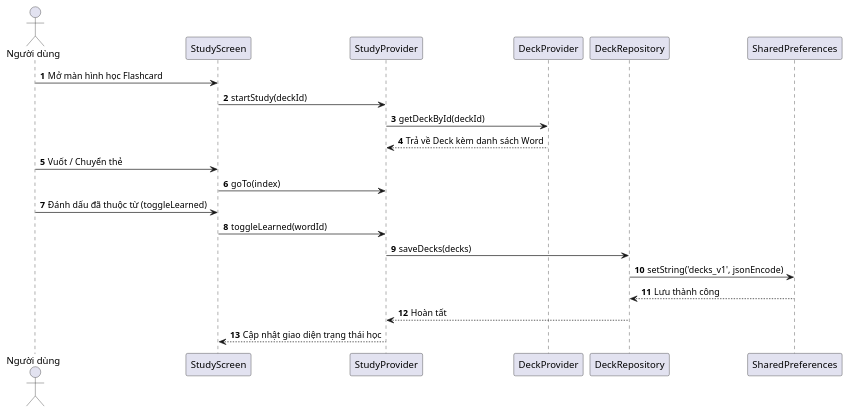
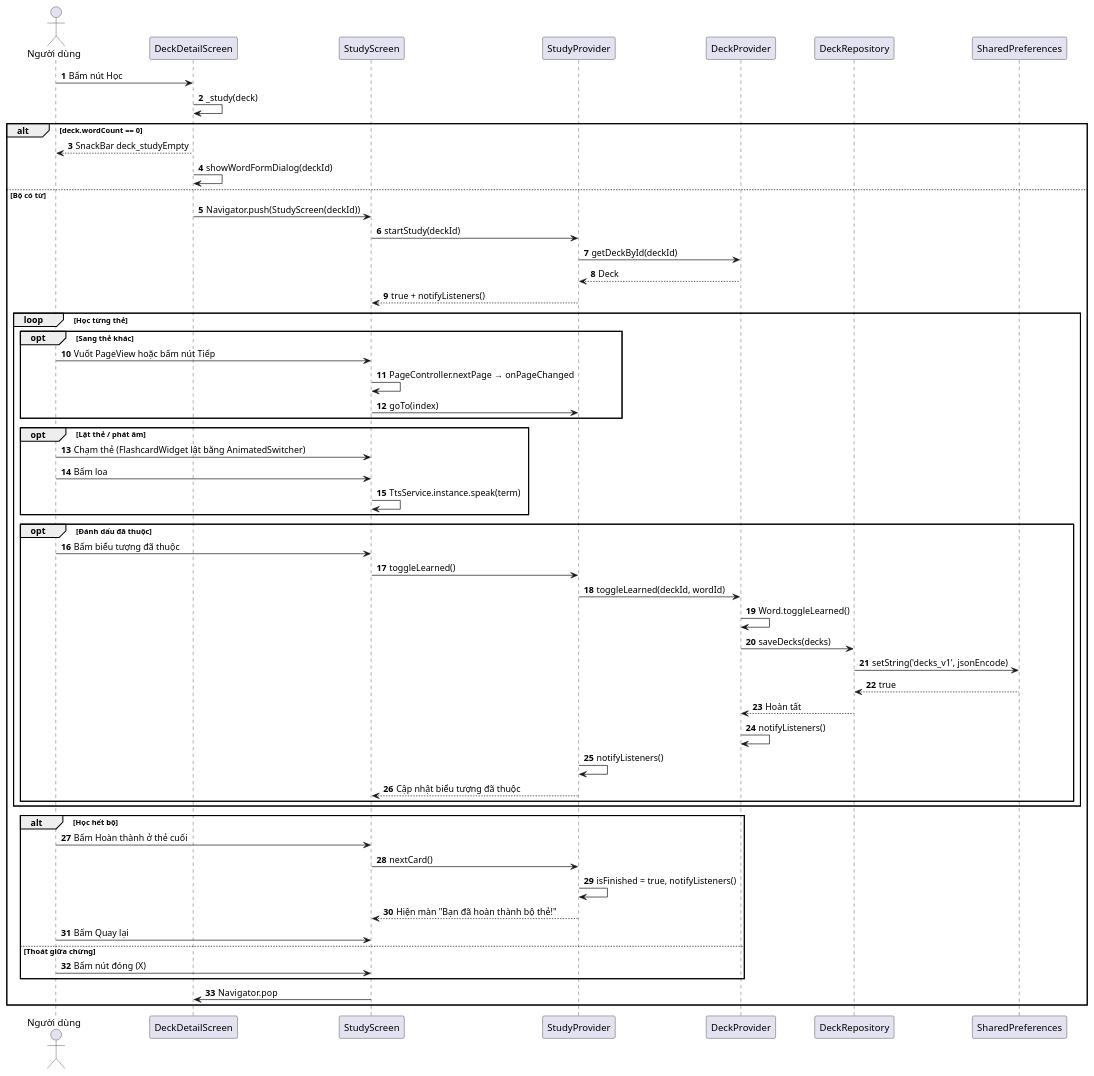
Before and after one commit to hoang-adu/2026_2027_1_1_LTTBDD_N01_Nhom_2: the diagram in docs/sequence_study_flashcard.puml, drawn with PlantUML. The commit also changed 8 other files, not shown here.

Commit message:
docs(uml): sửa sơ đồ sequence/activity khớp với code

```diff
--- a/docs/sequence_study_flashcard.puml
+++ b/docs/sequence_study_flashcard.puml
@@ -1,23 +1,59 @@
 @startuml
 autonumber
 actor "Người dùng" as User
+participant "DeckDetailScreen" as Detail
 participant "StudyScreen" as UI
-participant "StudyProvider" as Provider
+participant "StudyProvider" as Study
 participant "DeckProvider" as DeckProvider
 participant "DeckRepository" as Repo
 participant "SharedPreferences" as Prefs
 
-User -> UI: Mở màn hình học Flashcard
-UI -> Provider: startStudy(deckId)
-Provider -> DeckProvider: getDeckById(deckId)
-DeckProvider --> Provider: Trả về Deck kèm danh sách Word
-User -> UI: Vuốt / Chuyển thẻ
-UI -> Provider: goTo(index)
-User -> UI: Đánh dấu đã thuộc từ (toggleLearned)
-UI -> Provider: toggleLearned(wordId)
-Provider -> Repo: saveDecks(decks)
-Repo -> Prefs: setString('decks_v1', jsonEncode)
-Prefs --> Repo: Lưu thành công
-Repo --> Provider: Hoàn tất
-Provider --> UI: Cập nhật giao diện trạng thái học
+User -> Detail: Bấm nút Học
+Detail -> Detail: _study(deck)
+alt deck.wordCount == 0
+    Detail --> User: SnackBar deck_studyEmpty
+    Detail -> Detail: showWordFormDialog(deckId)
+else Bộ có từ
+    Detail -> UI: Navigator.push(StudyScreen(deckId))
+    UI -> Study: startStudy(deckId)
+    Study -> DeckProvider: getDeckById(deckId)
+    DeckProvider --> Study: Deck
+    Study --> UI: true + notifyListeners()
+
+    loop Học từng thẻ
+        opt Sang thẻ khác
+            User -> UI: Vuốt PageView hoặc bấm nút Tiếp
+            UI -> UI: PageController.nextPage → onPageChanged
+            UI -> Study: goTo(index)
+        end
+        opt Lật thẻ / phát âm
+            User -> UI: Chạm thẻ (FlashcardWidget lật bằng AnimatedSwitcher)
+            User -> UI: Bấm loa
+            UI -> UI: TtsService.instance.speak(term)
+        end
+        opt Đánh dấu đã thuộc
+            User -> UI: Bấm biểu tượng đã thuộc
+            UI -> Study: toggleLearned()
+            Study -> DeckProvider: toggleLearned(deckId, wordId)
+            DeckProvider -> DeckProvider: Word.toggleLearned()
+            DeckProvider -> Repo: saveDecks(decks)
+            Repo -> Prefs: setString('decks_v1', jsonEncode)
+            Prefs --> Repo: true
+            Repo --> DeckProvider: Hoàn tất
+            DeckProvider -> DeckProvider: notifyListeners()
+            Study -> Study: notifyListeners()
+            Study --> UI: Cập nhật biểu tượng đã thuộc
+        end
+    end
+    alt Học hết bộ
+        User -> UI: Bấm Hoàn thành ở thẻ cuối
+        UI -> Study: nextCard()
+        Study -> Study: isFinished = true, notifyListeners()
+        Study --> UI: Hiện màn "Bạn đã hoàn thành bộ thẻ!"
+        User -> UI: Bấm Quay lại
+    else Thoát giữa chừng
+        User -> UI: Bấm nút đóng (X)
+    end
+    UI -> Detail: Navigator.pop
+end
 @enduml
```
